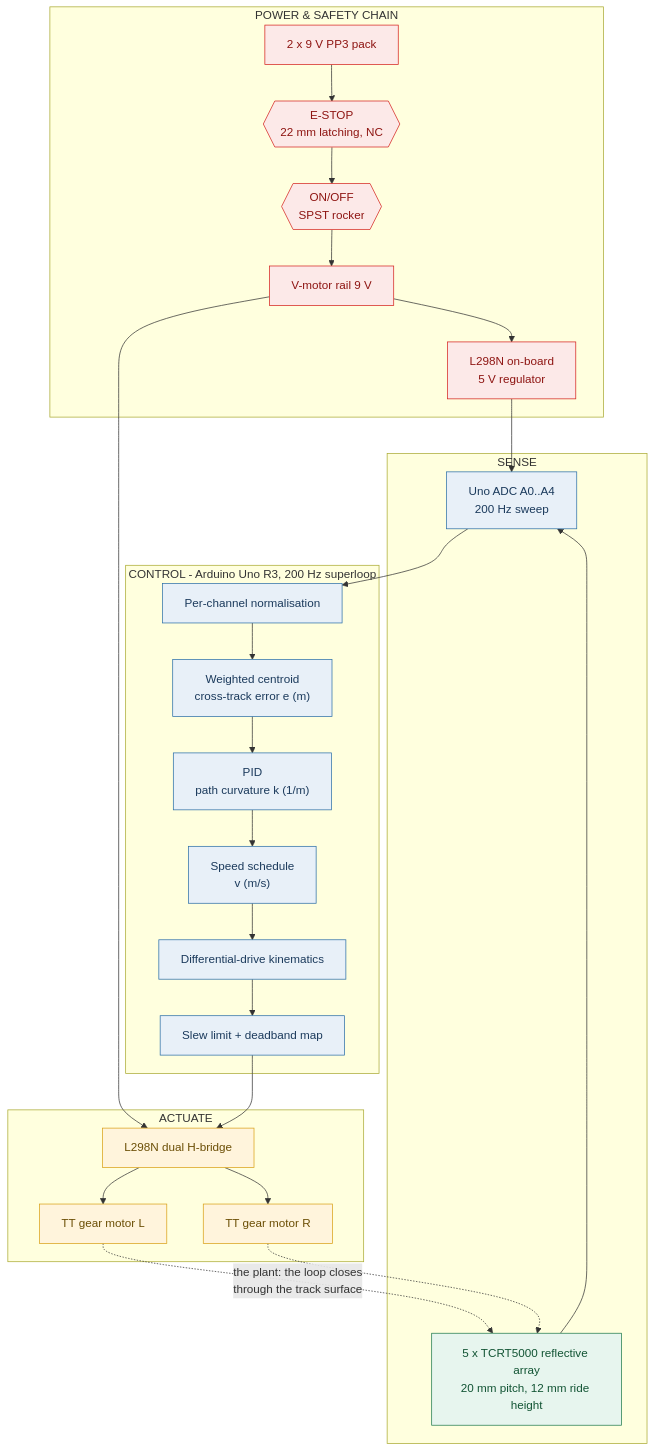
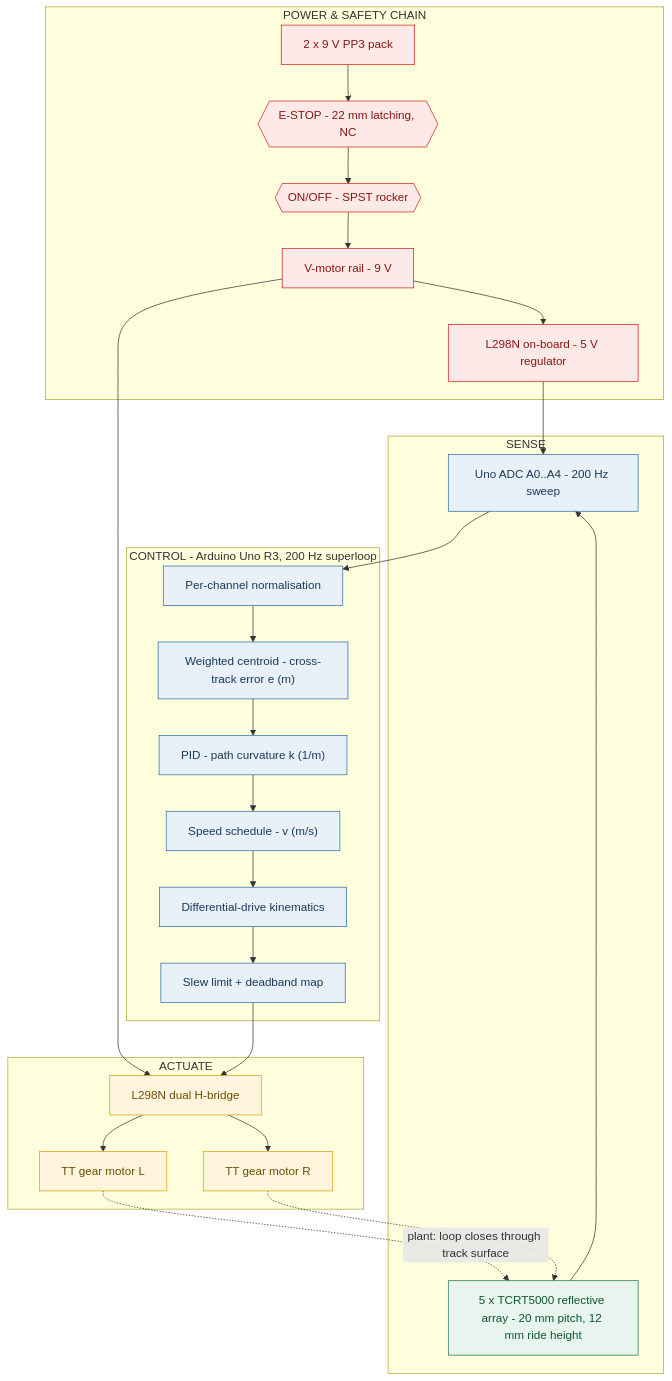
Before and after one commit to chris-lukanga/roborumble: the diagram in Folder A/flowcharts/01_system_architecture.mmd, drawn with Mermaid.

Commit message:
Refine labels in system architecture flowchart

```diff
--- a/Folder A/flowcharts/01_system_architecture.mmd
+++ b/Folder A/flowcharts/01_system_architecture.mmd
@@ -1,41 +1,44 @@
 flowchart TB
-  subgraph POWER["POWER &amp; SAFETY CHAIN"]
-    B["2 x 9 V PP3 pack"] --> ES{{"E-STOP<br/>22 mm latching, NC"}}
-    ES --> SW{{"ON/OFF<br/>SPST rocker"}}
-    SW --> RAIL["V-motor rail 9 V"]
-    RAIL --> REG["L298N on-board<br/>5 V regulator"]
+
+  subgraph POWER["POWER & SAFETY CHAIN"]
+    B["2 x 9 V PP3 pack"] --> ES{{"E-STOP - 22 mm latching, NC"}}
+    ES --> SW{{"ON/OFF - SPST rocker"}}
+    SW --> RAIL["V-motor rail - 9 V"]
+    RAIL --> REG["L298N on-board - 5 V regulator"]
   end
 
   subgraph SENSE["SENSE"]
-    IR["5 x TCRT5000 reflective array<br/>20 mm pitch, 12 mm ride height"]
-    IR --> ADC["Uno ADC A0..A4<br/>200 Hz sweep"]
+    IR["5 x TCRT5000 reflective array - 20 mm pitch, 12 mm ride height"]
+    IR --> ADC["Uno ADC A0..A4 - 200 Hz sweep"]
   end
 
   subgraph CONTROL["CONTROL - Arduino Uno R3, 200 Hz superloop"]
-    NORM["Per-channel normalisation"] --> CENT["Weighted centroid<br/>cross-track error e (m)"]
-    CENT --> PID["PID<br/>path curvature k (1/m)"]
-    PID --> SCHED["Speed schedule<br/>v (m/s)"]
+    NORM["Per-channel normalisation"] --> CENT["Weighted centroid - cross-track error e (m)"]
+    CENT --> PID["PID - path curvature k (1/m)"]
+    PID --> SCHED["Speed schedule - v (m/s)"]
     SCHED --> KIN["Differential-drive kinematics"]
     KIN --> SLEW["Slew limit + deadband map"]
   end
 
   subgraph ACT["ACTUATE"]
     H["L298N dual H-bridge"] --> ML["TT gear motor L"]
     H --> MR["TT gear motor R"]
   end
 
   REG --> ADC
   RAIL --> H
   ADC --> NORM
   SLEW --> H
-  ML -.->|"the plant: the loop closes<br/>through the track surface"| IR
+
+  ML -.->|"plant: loop closes through track surface"| IR
   MR -.-> IR
 
   classDef pwr fill:#FCE9E8,stroke:#D5231F,color:#8E1512
   classDef ctl fill:#E8F0F8,stroke:#2C6FA8,color:#1B3A5C
   classDef act fill:#FFF4DC,stroke:#D9A118,color:#6B4E05
   classDef sen fill:#E7F5EE,stroke:#1F7A4D,color:#125434
+
   class B,ES,SW,RAIL,REG pwr
   class ADC,NORM,CENT,PID,SCHED,KIN,SLEW ctl
   class H,ML,MR act
   class IR sen
```
